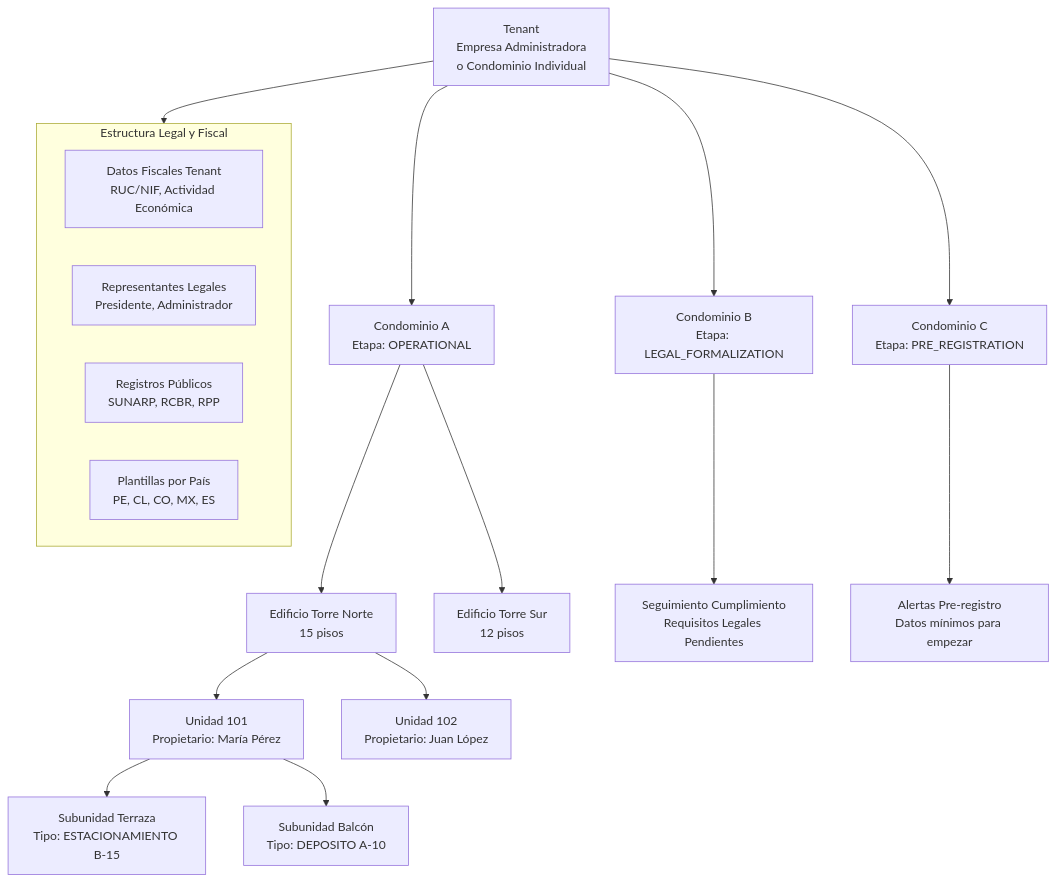
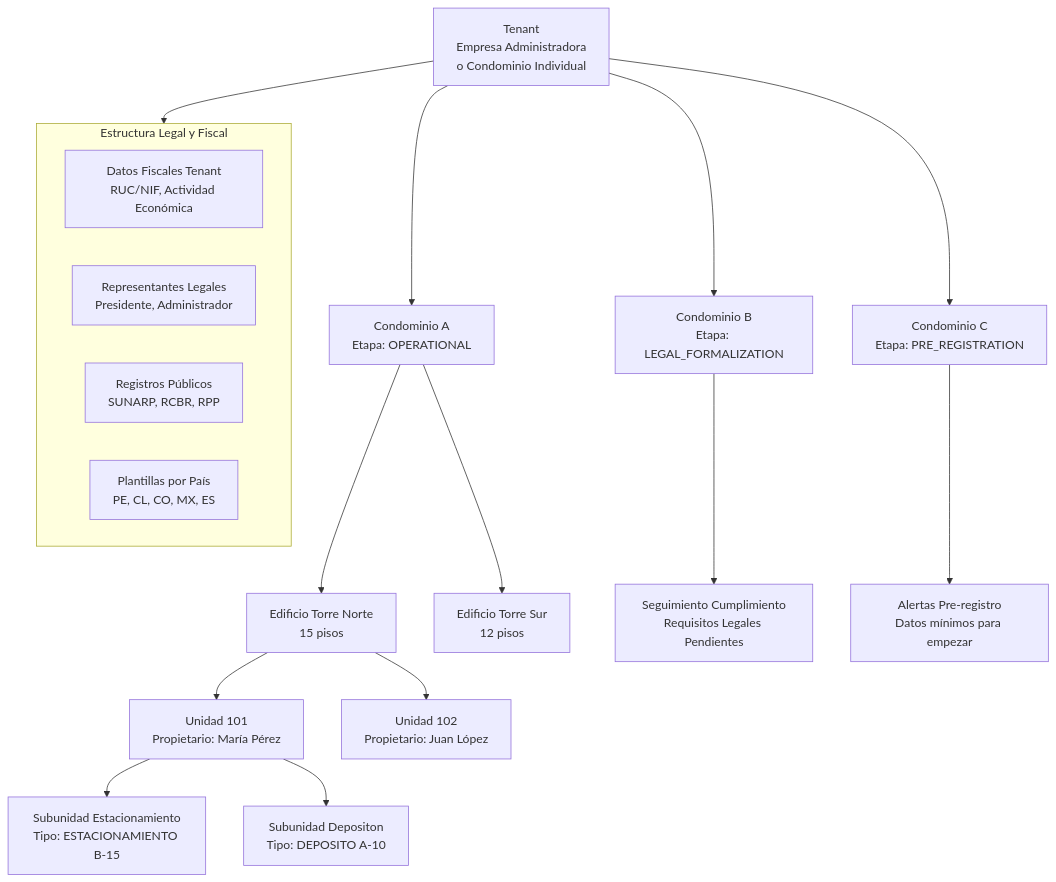
Before and after one commit to latamteks-cmyk/SmartEdify_spec: the third of 4 diagrams in 00-Governance/database_arq.md, drawn with Mermaid.

````diff
--- a/00-Governance/database_arq.md
+++ b/00-Governance/database_arq.md
@@ -449,29 +449,29 @@
 ```mermaid
 flowchart TB
     T["Tenant<br/>Empresa Administradora<br/>o Condominio Individual"]
     
     T --> C1["Condominio A<br/>Etapa: OPERATIONAL"]
     T --> C2["Condominio B<br/>Etapa: LEGAL_FORMALIZATION"]
     T --> C3["Condominio C<br/>Etapa: PRE_REGISTRATION"]
     
     C1 --> B1A["Edificio Torre Norte<br/>15 pisos"]
     C1 --> B1B["Edificio Torre Sur<br/>12 pisos"]
     
     B1A --> U1A1["Unidad 101<br/>Propietario: María Pérez"]
     B1A --> U1A2["Unidad 102<br/>Propietario: Juan López"]
     
-    U1A1 --> S1A1A["Subunidad Terraza<br/>Tipo: ESTACIONAMIENTO B-15"]
-    U1A1 --> S1A1B["Subunidad Balcón<br/>Tipo: DEPOSITO A-10"]
+    U1A1 --> S1A1A["Subunidad Estacionamiento<br/>Tipo: ESTACIONAMIENTO B-15"]
+    U1A1 --> S1A1B["Subunidad Depositon<br/>Tipo: DEPOSITO A-10"]
     
     C2 --> COMPLIANCE_TRACK["Seguimiento Cumplimiento<br/>Requisitos Legales Pendientes"]
     C3 --> ALERTS["Alertas Pre-registro<br/>Datos mínimos para empezar"]
     
     subgraph LEGAL["Estructura Legal y Fiscal"]
         L1["Datos Fiscales Tenant<br/>RUC/NIF, Actividad Económica"]
         L2["Representantes Legales<br/>Presidente, Administrador"]
         L3["Registros Públicos<br/>SUNARP, RCBR, RPP"]
         L4["Plantillas por País<br/>PE, CL, CO, MX, ES"]
     end
     
     T --> LEGAL
 ```
````
